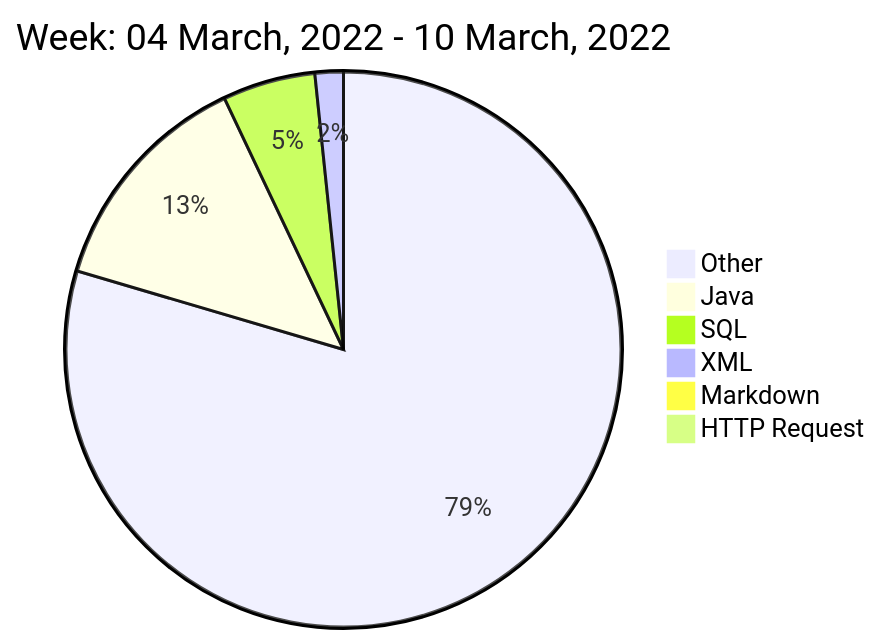
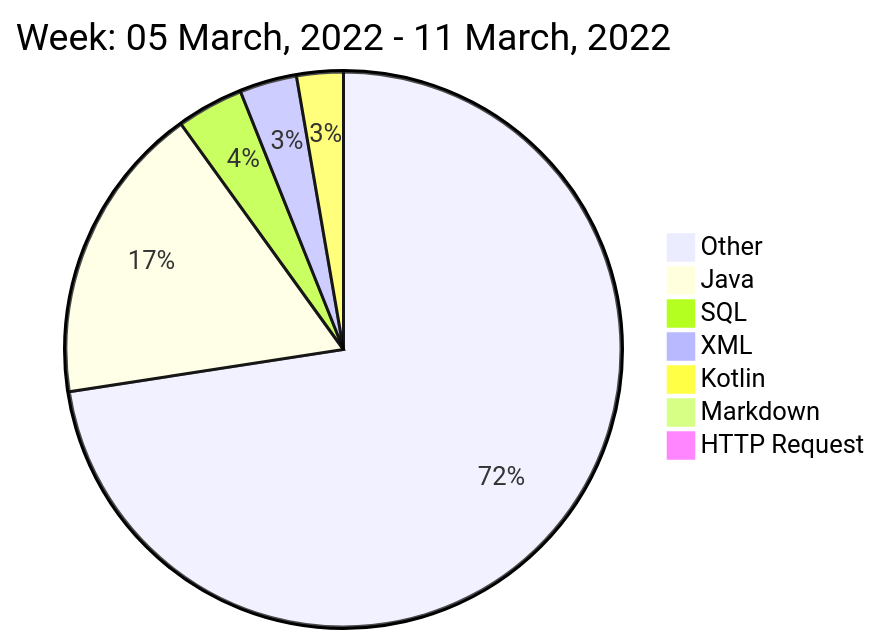
Before and after one commit to liubin95/liubin95: the diagram in README.md, drawn with Mermaid.

Commit message:
Updated the Graph with new Metrics

````diff
--- a/README.md
+++ b/README.md
@@ -42,10 +42,11 @@
 ```mermaid
  pie
-title Week: 04 March, 2022 - 10 March, 2022
- "Other" : 25.07
- "Java" : 4.22
- "SQL" : 1.7
- "XML" : 0.52
+title Week: 05 March, 2022 - 11 March, 2022
+ "Other" : 24.6
+ "Java" : 5.93
+ "SQL" : 1.32
+ "XML" : 1.13
+ "Kotlin" : 0.92
  "Markdown" : 0.03
  "HTTP Request" : 0.03
 ```
````
